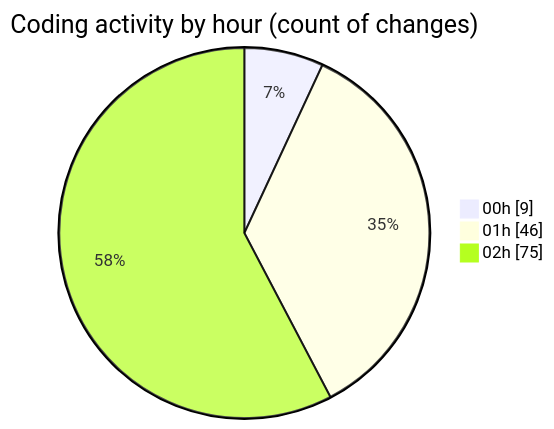
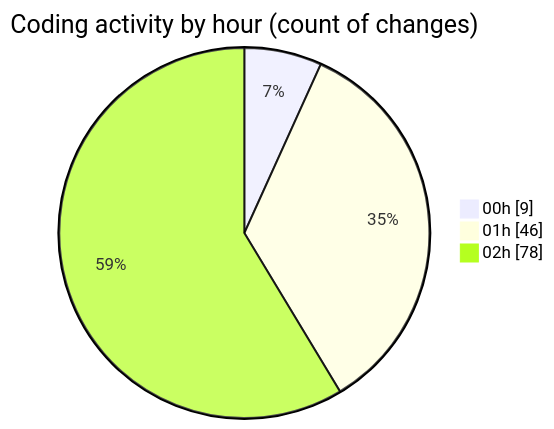
The second of 2 diagrams in 2025-11-18/eventscop-frontend-guide__workspace_/README.md (julien-gomy/code-tracking), drawn with Mermaid before and after one commit. The commit also changed other lines of this file and 1 other file, not shown here.

````diff
--- a/2025-11-18/eventscop-frontend-guide__workspace_/README.md
+++ b/2025-11-18/eventscop-frontend-guide__workspace_/README.md
@@ -55,7 +57,7 @@
 ```mermaid
 pie showData
 title Coding activity by hour (count of changes)
 "00h" : 9
 "01h" : 46
-"02h" : 75
+"02h" : 78
 ```
````
